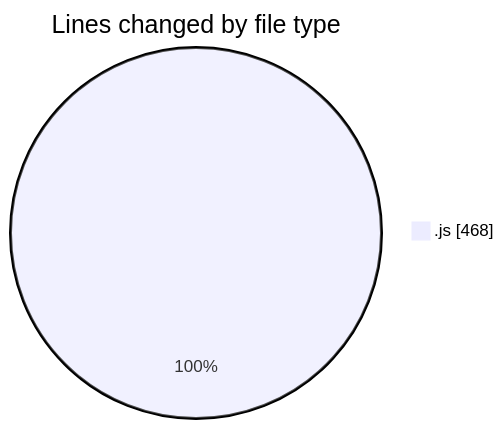
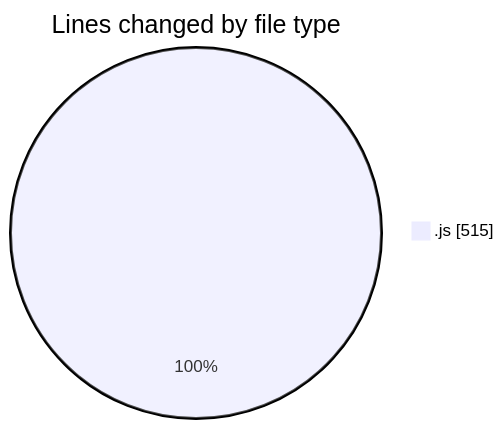
One commit to nxtqubesakshisongat/code-tracking changed the first of 2 diagrams in 2025-06-19/nxtqube_webapp/README.md. Above: the diagram before and after it, drawn with Mermaid. The commit also changed other lines of this file and 1 other file, not shown here.

````diff
--- a/2025-06-19/nxtqube_webapp/README.md
+++ b/2025-06-19/nxtqube_webapp/README.md
@@ -26,5 +27,5 @@
 ```mermaid
 pie showData
 title Lines changed by file type
-".js" : 468
+".js" : 515
 ```
````
